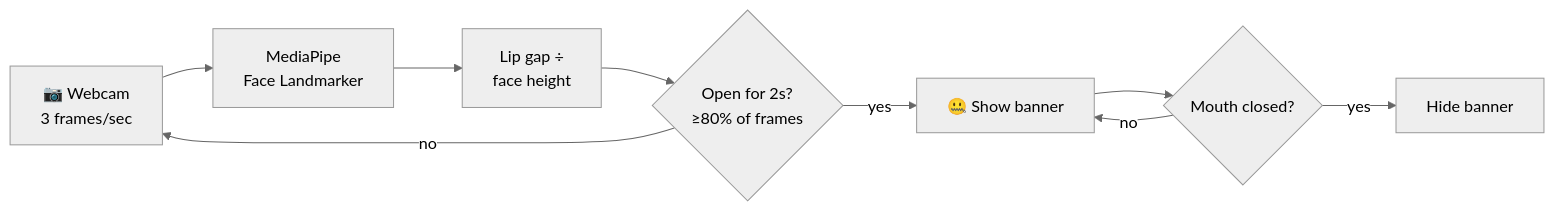
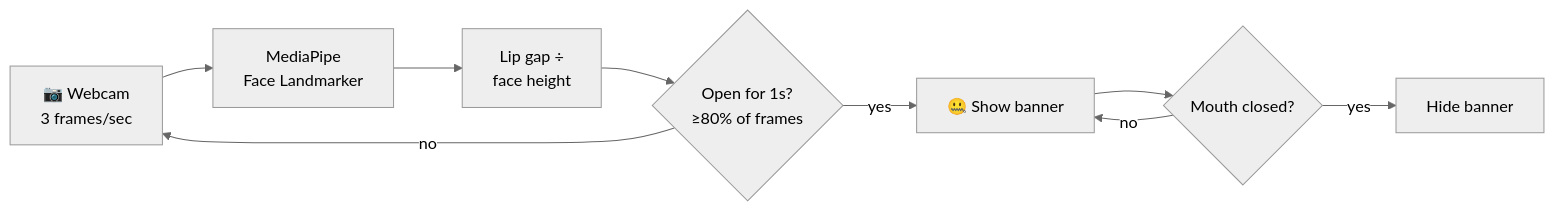
The diagram in README.md (tomtan2007/breathing), drawn with Mermaid (neutral theme) before and after one commit. The commit also changed other lines of this file and 1 other file, not shown here.

````diff
--- a/README.md
+++ b/README.md
@@ -72,11 +72,11 @@
 ```mermaid
 flowchart LR
     A[📷 Webcam<br/>3 frames/sec] --> B[MediaPipe<br/>Face Landmarker]
     B --> C[Lip gap ÷<br/>face height]
-    C --> D{Open for 2s?<br/>≥80% of frames}
+    C --> D{Open for 1s?<br/>≥80% of frames}
     D -- yes --> E[🤐 Show banner]
     D -- no --> A
     E --> F{Mouth closed?}
     F -- yes --> G[Hide banner]
     F -- no --> E
 ```
````
